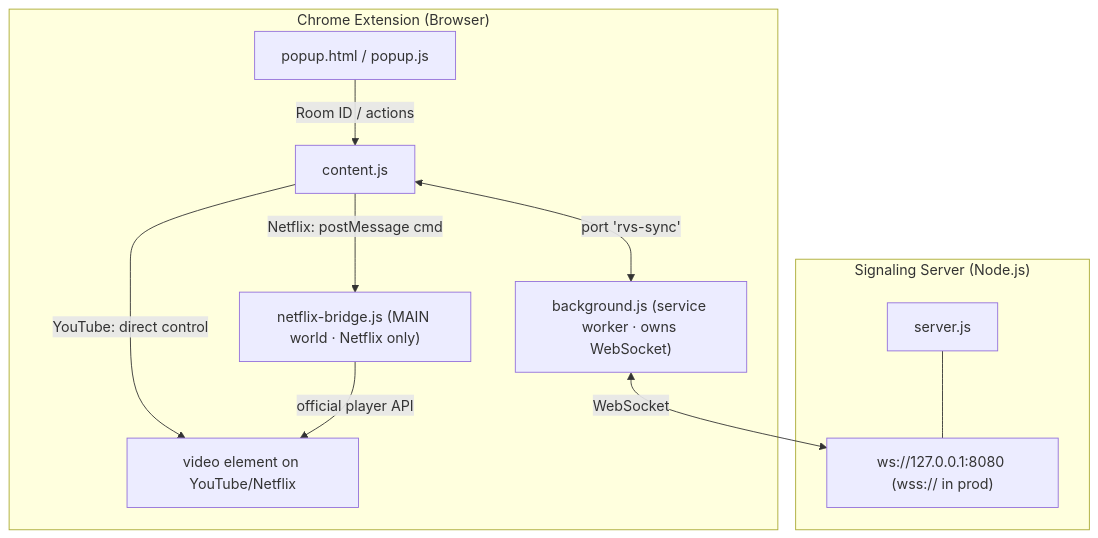
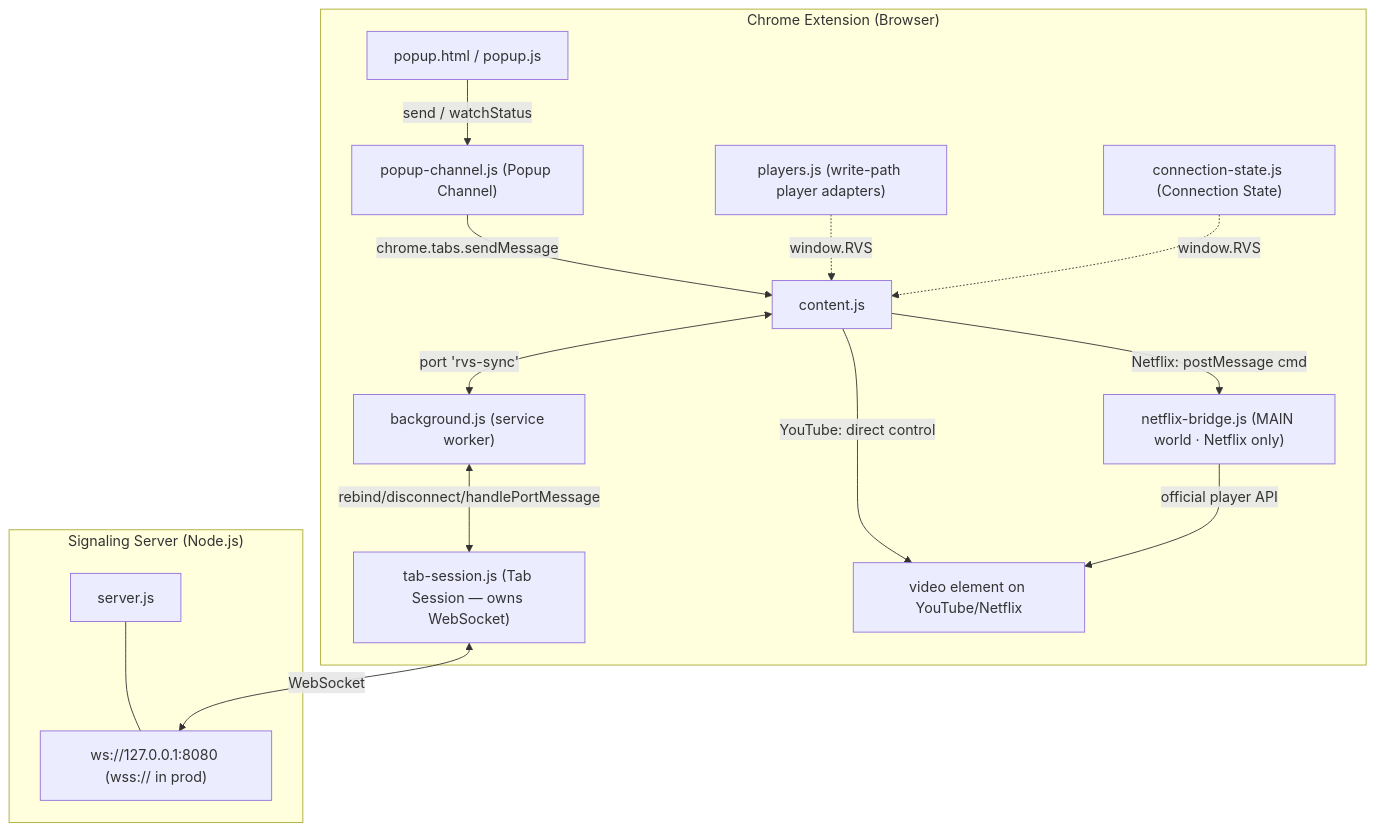
Before and after one commit to leviliangtw/rvs: the second of 2 diagrams in docs/implementation_plan.md, drawn with Mermaid. The commit also changed other lines of this file and 6 other files, not shown here.

````diff
--- a/docs/implementation_plan.md
+++ b/docs/implementation_plan.md
@@ -78,22 +98,30 @@
 ```mermaid
 graph TD
     subgraph "Signaling Server (Node.js)"
         S["server.js"]
         WS["ws://127.0.0.1:8080 (wss:// in prod)"]
     end
     subgraph "Chrome Extension (Browser)"
         P["popup.html / popup.js"]
+        PC["popup-channel.js (Popup Channel)"]
+        PL["players.js (write-path player adapters)"]
+        CST["connection-state.js (Connection State)"]
         CS["content.js"]
-        BG["background.js (service worker · owns WebSocket)"]
+        BG["background.js (service worker)"]
+        TS["tab-session.js (Tab Session — owns WebSocket)"]
         NB["netflix-bridge.js (MAIN world · Netflix only)"]
         V["video element on YouTube/Netflix"]
     end
 
     S --- WS
-    P -->|Room ID / actions| CS
+    P -->|send / watchStatus| PC
+    PC -->|chrome.tabs.sendMessage| CS
+    PL -.->|window.RVS| CS
+    CST -.->|window.RVS| CS
     CS <-->|port 'rvs-sync'| BG
-    BG <-->|WebSocket| WS
+    BG <-->|rebind/disconnect/handlePortMessage| TS
+    TS <-->|WebSocket| WS
     CS -->|YouTube: direct control| V
     CS -->|Netflix: postMessage cmd| NB
     NB -->|official player API| V
 ```
````
